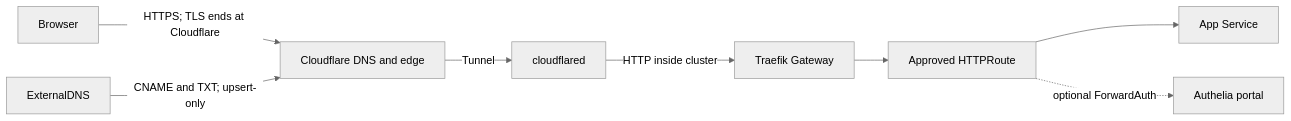
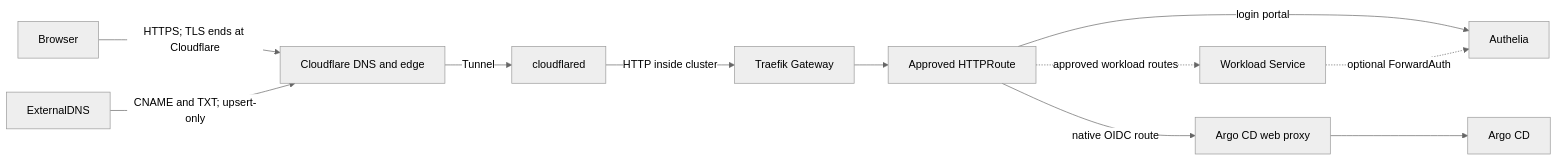
One commit to Disease-Prediction-ASET26/disease-prediction-gitops changed the third of 3 diagrams in docs/architecture.md. Above: the diagram before and after it, drawn with Mermaid (neutral theme). The commit also changed other lines of this file and 3 other files, not shown here.

````diff
--- a/docs/architecture.md
+++ b/docs/architecture.md
@@ -44,10 +44,13 @@
 ```mermaid
 flowchart LR
   browser[Browser] -->|HTTPS; TLS ends at Cloudflare| cf[Cloudflare DNS and edge]
   cf -->|Tunnel| tunnel[cloudflared]
   tunnel -->|HTTP inside cluster| traefik[Traefik Gateway]
   traefik --> route[Approved HTTPRoute]
-  route --> service[App Service]
-  route -. optional ForwardAuth .-> authelia[Authelia portal]
+  route -->|login portal| authelia[Authelia]
+  route -->|native OIDC route| proxy[Argo CD web proxy]
+  proxy --> argocd[Argo CD]
+  route -. approved workload routes .-> service[Workload Service]
+  service -. optional ForwardAuth .-> authelia
   extdns[ExternalDNS] -->|CNAME and TXT; upsert-only| cf
 ```
````
